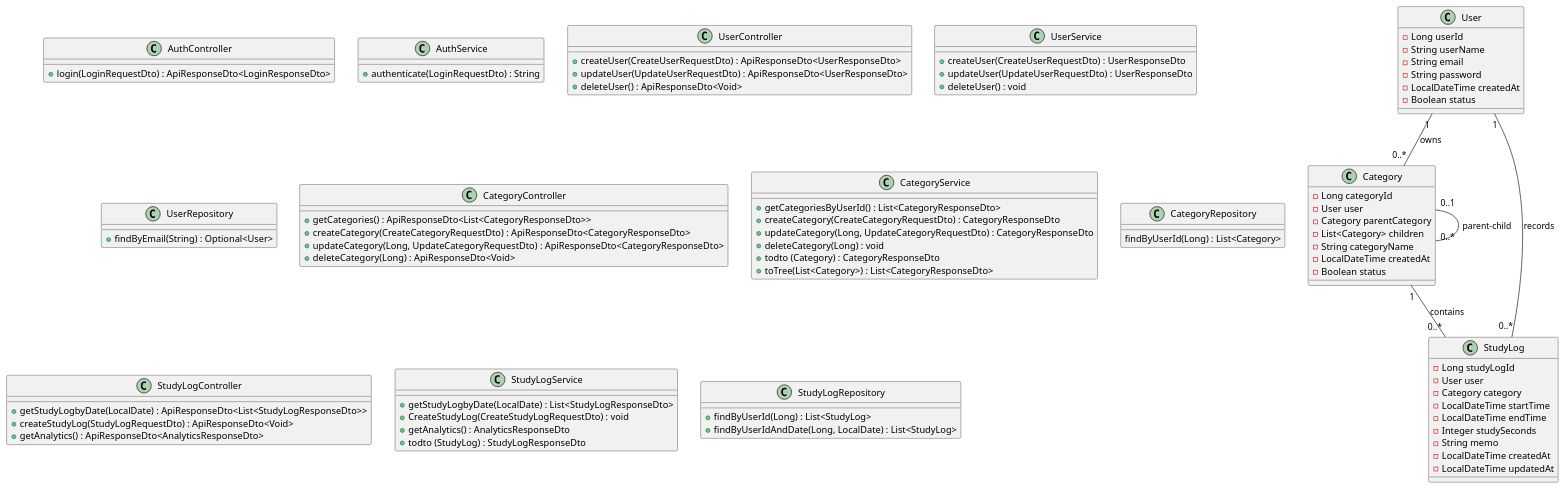
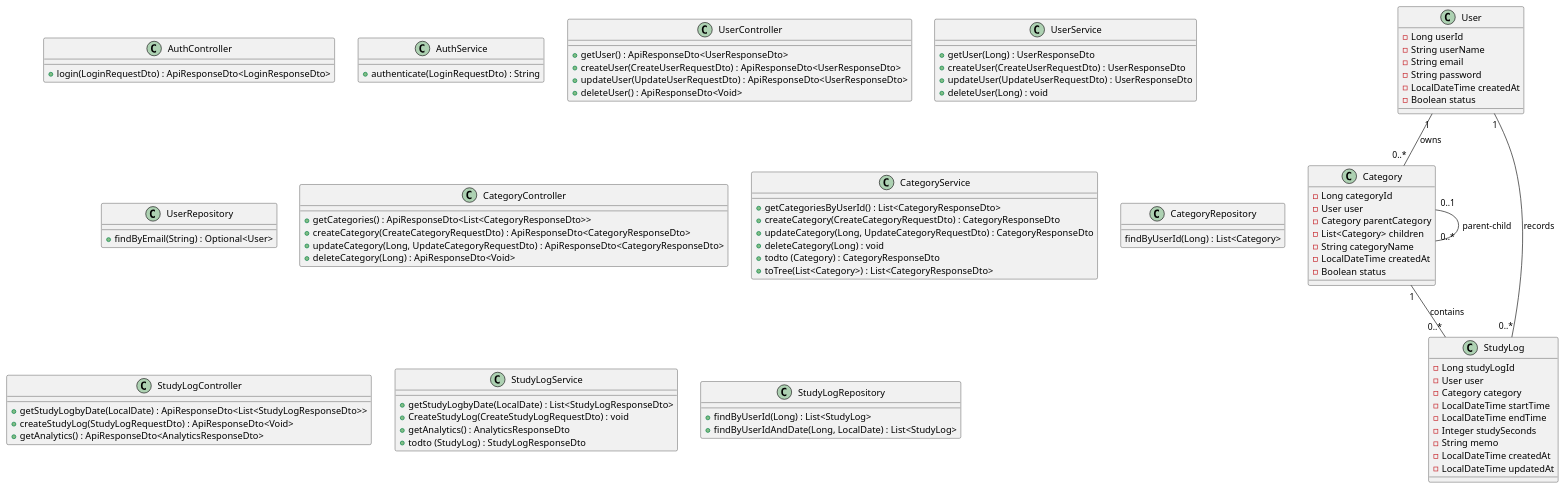
One commit to ShumpeiKawamura37/portfolio-study-management-app changed the diagram in backend/study-management-app/docs/uml/code/class/class-main.puml. Above: the diagram before and after it, drawn with PlantUML. The commit also changed 7 other files, not shown here.

```diff
--- a/backend/study-management-app/docs/uml/code/class/class-main.puml
+++ b/backend/study-management-app/docs/uml/code/class/class-main.puml
@@ -1,98 +1,100 @@
 @startuml
 
 class User { 
   - Long userId 
   - String userName 
   - String email 
   - String password 
   - LocalDateTime createdAt
   - Boolean status 
 } 
 class Category { 
   - Long categoryId
   - User user
   - Category parentCategory
   - List<Category> children
   - String categoryName
   - LocalDateTime createdAt
   - Boolean status
 }
 class StudyLog { 
   - Long studyLogId 
   - User user
   - Category category
   - LocalDateTime startTime 
   - LocalDateTime endTime 
   - Integer studySeconds
   - String memo 
   - LocalDateTime createdAt 
   - LocalDateTime updatedAt
 }
 
 class AuthController {
   + login(LoginRequestDto) : ApiResponseDto<LoginResponseDto>
 }
 
 class AuthService {
   + authenticate(LoginRequestDto) : String
 }
 
 class UserController {
+  + getUser() : ApiResponseDto<UserResponseDto>
   + createUser(CreateUserRequestDto) : ApiResponseDto<UserResponseDto>
   + updateUser(UpdateUserRequestDto) : ApiResponseDto<UserResponseDto>
   + deleteUser() : ApiResponseDto<Void>
 }
 
 class UserService {
+  + getUser(Long) : UserResponseDto
   + createUser(CreateUserRequestDto) : UserResponseDto
   + updateUser(UpdateUserRequestDto) : UserResponseDto
-  + deleteUser() : void
+  + deleteUser(Long) : void
 }
 
 class UserRepository {
   + findByEmail(String) : Optional<User>
 }
 
 class CategoryController {
   + getCategories() : ApiResponseDto<List<CategoryResponseDto>>
   + createCategory(CreateCategoryRequestDto) : ApiResponseDto<CategoryResponseDto>
   + updateCategory(Long, UpdateCategoryRequestDto) : ApiResponseDto<CategoryResponseDto>
   + deleteCategory(Long) : ApiResponseDto<Void>
 }
 
 class CategoryService {
   + getCategoriesByUserId() : List<CategoryResponseDto>
   + createCategory(CreateCategoryRequestDto) : CategoryResponseDto
   + updateCategory(Long, UpdateCategoryRequestDto) : CategoryResponseDto
   + deleteCategory(Long) : void
   + todto (Category) : CategoryResponseDto
   + toTree(List<Category>) : List<CategoryResponseDto>
 }
 
 class CategoryRepository {
   findByUserId(Long) : List<Category>
 }
 
 class StudyLogController {
   + getStudyLogbyDate(LocalDate) : ApiResponseDto<List<StudyLogResponseDto>>
   + createStudyLog(StudyLogRequestDto) : ApiResponseDto<Void>
   + getAnalytics() : ApiResponseDto<AnalyticsResponseDto> 
 }
 
 class StudyLogService {
   + getStudyLogbyDate(LocalDate) : List<StudyLogResponseDto>
   + CreateStudyLog(CreateStudyLogRequestDto) : void
   + getAnalytics() : AnalyticsResponseDto
   + todto (StudyLog) : StudyLogResponseDto
 }
 
 class StudyLogRepository {
   + findByUserId(Long) : List<StudyLog>
   + findByUserIdAndDate(Long, LocalDate) : List<StudyLog>
 }
 
 User "1" -- "0..*" Category : owns
 Category "1" -- "0..*" StudyLog : contains
 User "1" -- "0..*" StudyLog : records
 Category "0..1" -- "0..*" Category : parent-child
 @enduml
```
